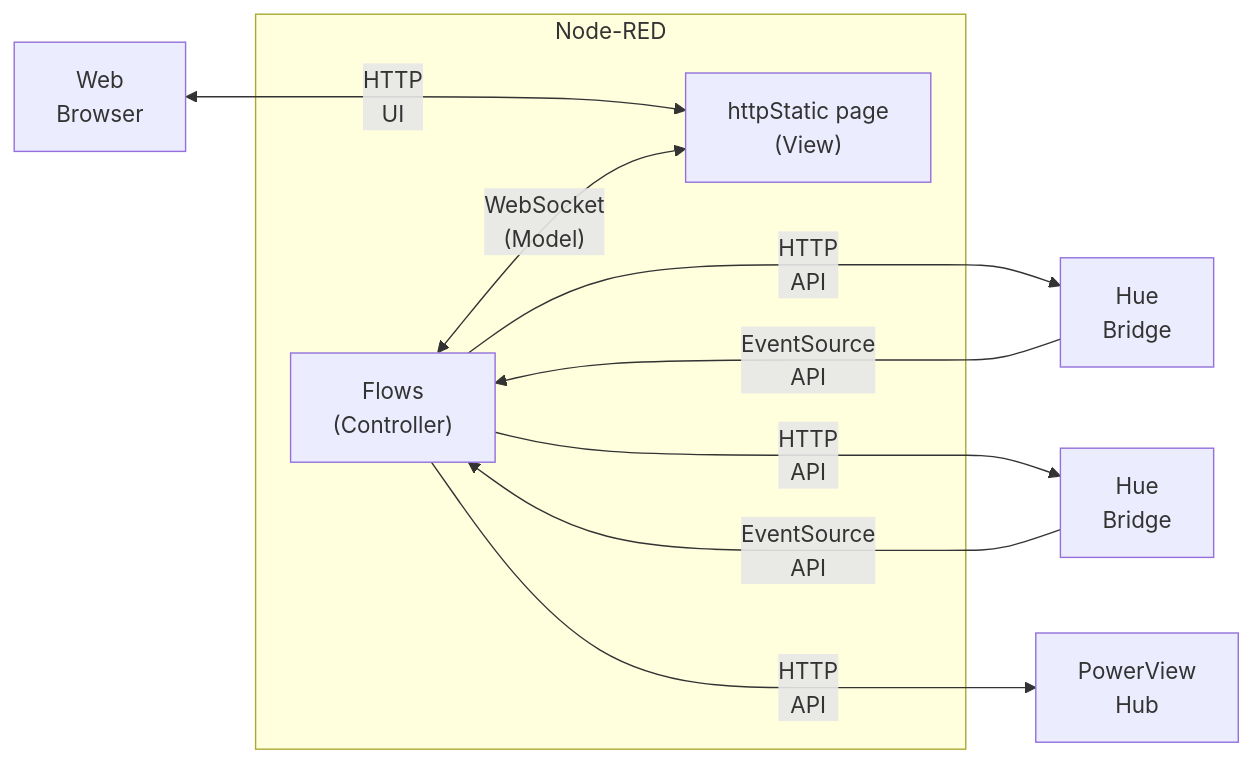
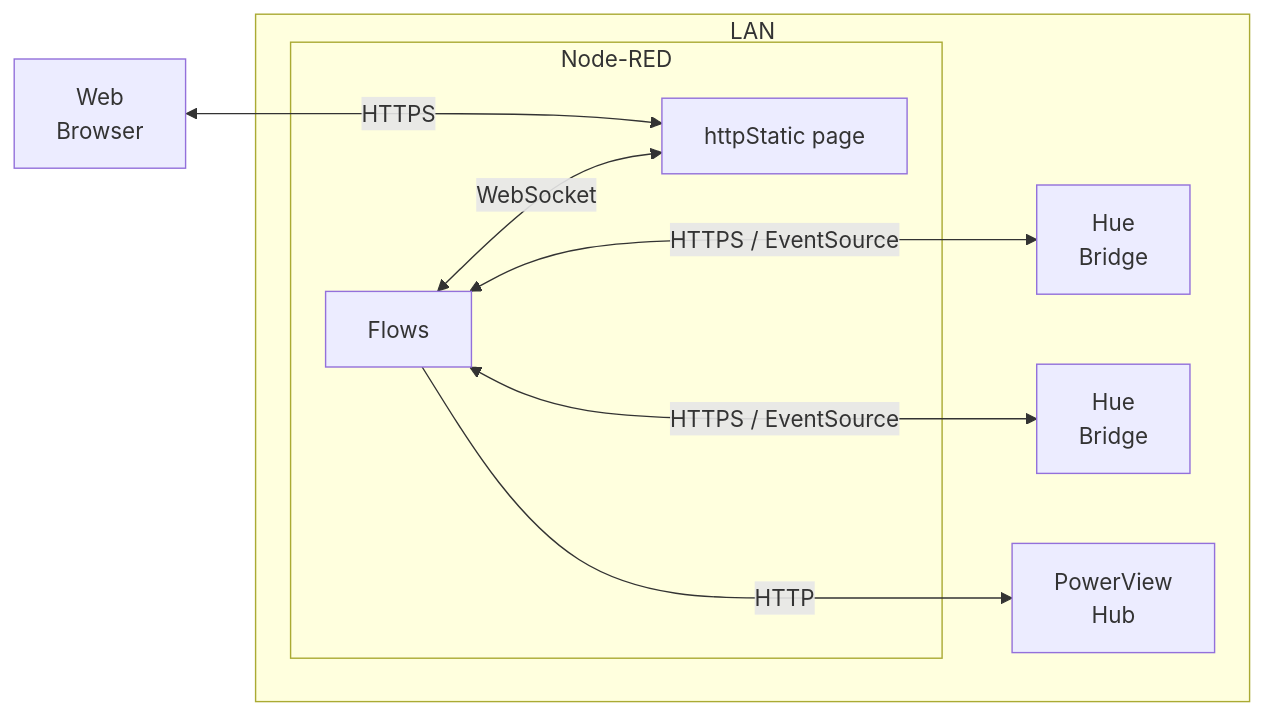
The diagram in README.md (parasaurolophus/home-automation), drawn with Mermaid before and after one commit. The commit also changed other lines of this file, not shown here.

````diff
--- a/README.md
+++ b/README.md
@@ -5,22 +5,24 @@
 ```mermaid
 flowchart LR
 
   browser["Web\nBrowser"]
-  flows["Flows\n(Controller)"]
-  vue["httpStatic page\n(View)"]
+  flows["Flows"]
+  vue["httpStatic page"]
   hue1["Hue\nBridge"]
   hue2["Hue\nBridge"]
   powerview["PowerView\nHub"]
 
-  browser<-- "HTTP\nUI" --->vue
+  browser <-- "HTTPS" ---> vue
 
-  subgraph Node-RED
-    flows<-- "WebSocket\n(Model)" -->vue
+  subgraph LAN
+
+    subgraph Node-RED
+        flows <-- "WebSocket" --> vue
+    end
+
+    flows <-- "HTTPS / EventSource" ---> hue1
+    flows <-- "HTTPS / EventSource" ---> hue2
+    flows-- "HTTP" --->powerview
+
   end
-
-  flows-- "HTTP\nAPI" --->hue1
-  hue1-- "EventSource\nAPI" --->flows
-  flows-- "HTTP\nAPI" --->hue2
-  hue2-- "EventSource\nAPI" --->flows
-  flows-- "HTTP\nAPI" --->powerview
 ```
````
